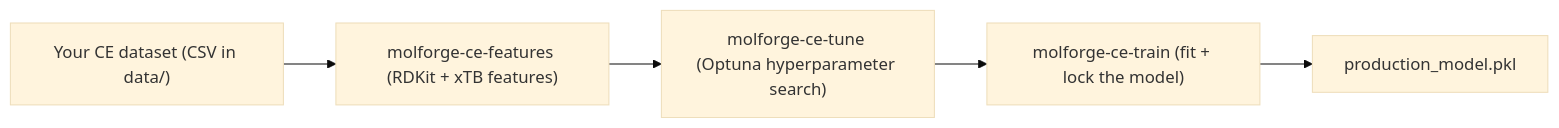
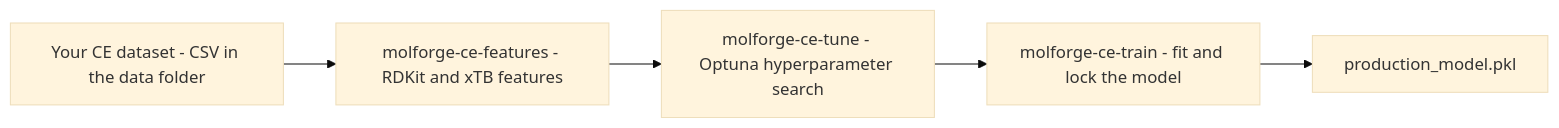
Before and after one commit to NealKapadia/BatteryGen: the third of 4 diagrams in README.md, drawn with Mermaid (base theme). The commit also changed other lines of this file, not shown here.

Commit message:
Fix Mermaid diagrams (remove parentheses GitHub can't render); align training count to 9,135,485 across all five databases

````diff
--- a/README.md
+++ b/README.md
@@ -335,7 +336,7 @@
 ```mermaid
 flowchart LR
-    A["Your CE dataset (CSV in data/)"] --> B["molforge-ce-features (RDKit + xTB features)"]
-    B --> C["molforge-ce-tune (Optuna hyperparameter search)"]
-    C --> D["molforge-ce-train (fit + lock the model)"]
+    A["Your CE dataset - CSV in the data folder"] --> B["molforge-ce-features - RDKit and xTB features"]
+    B --> C["molforge-ce-tune - Optuna hyperparameter search"]
+    C --> D["molforge-ce-train - fit and lock the model"]
     D --> E["production_model.pkl"]
 ```
````
